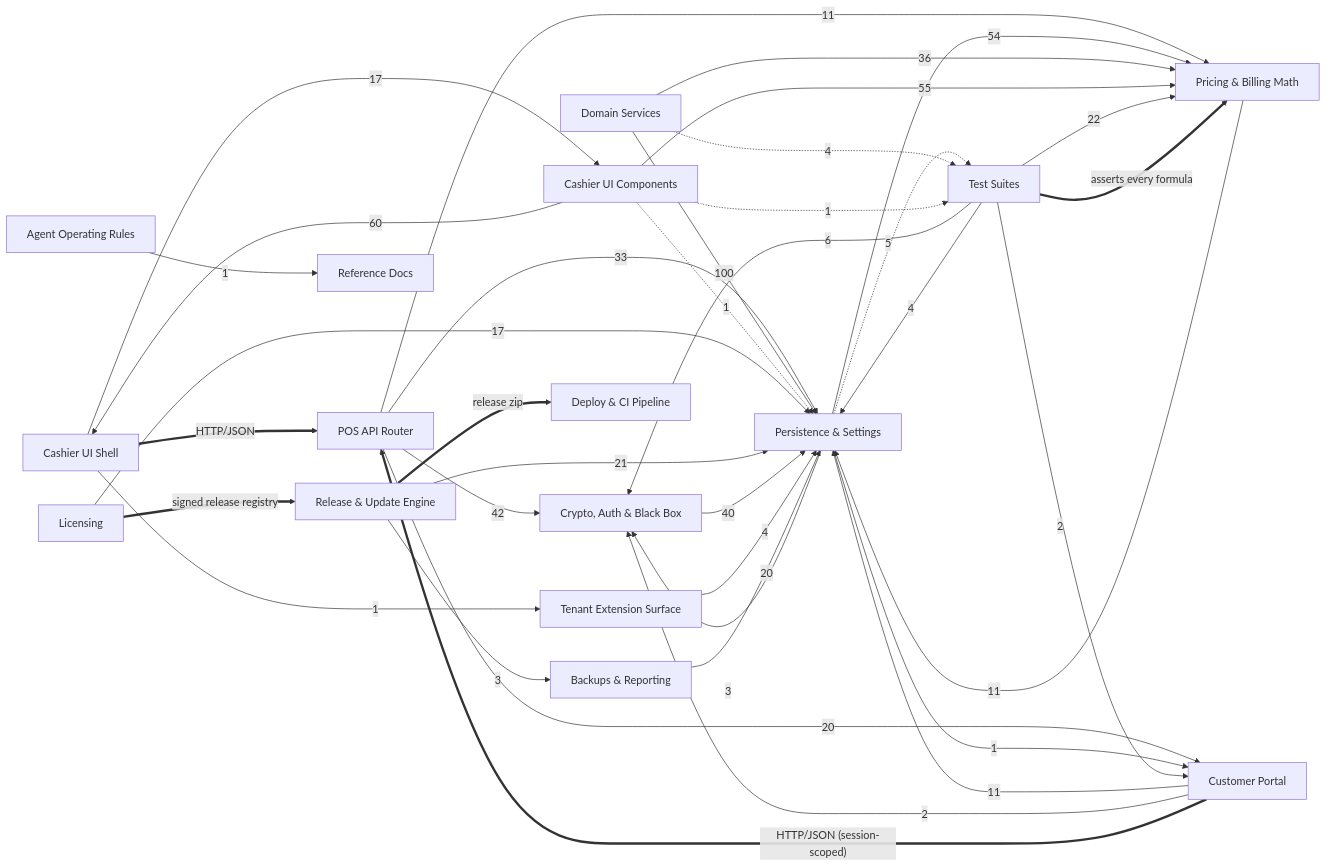
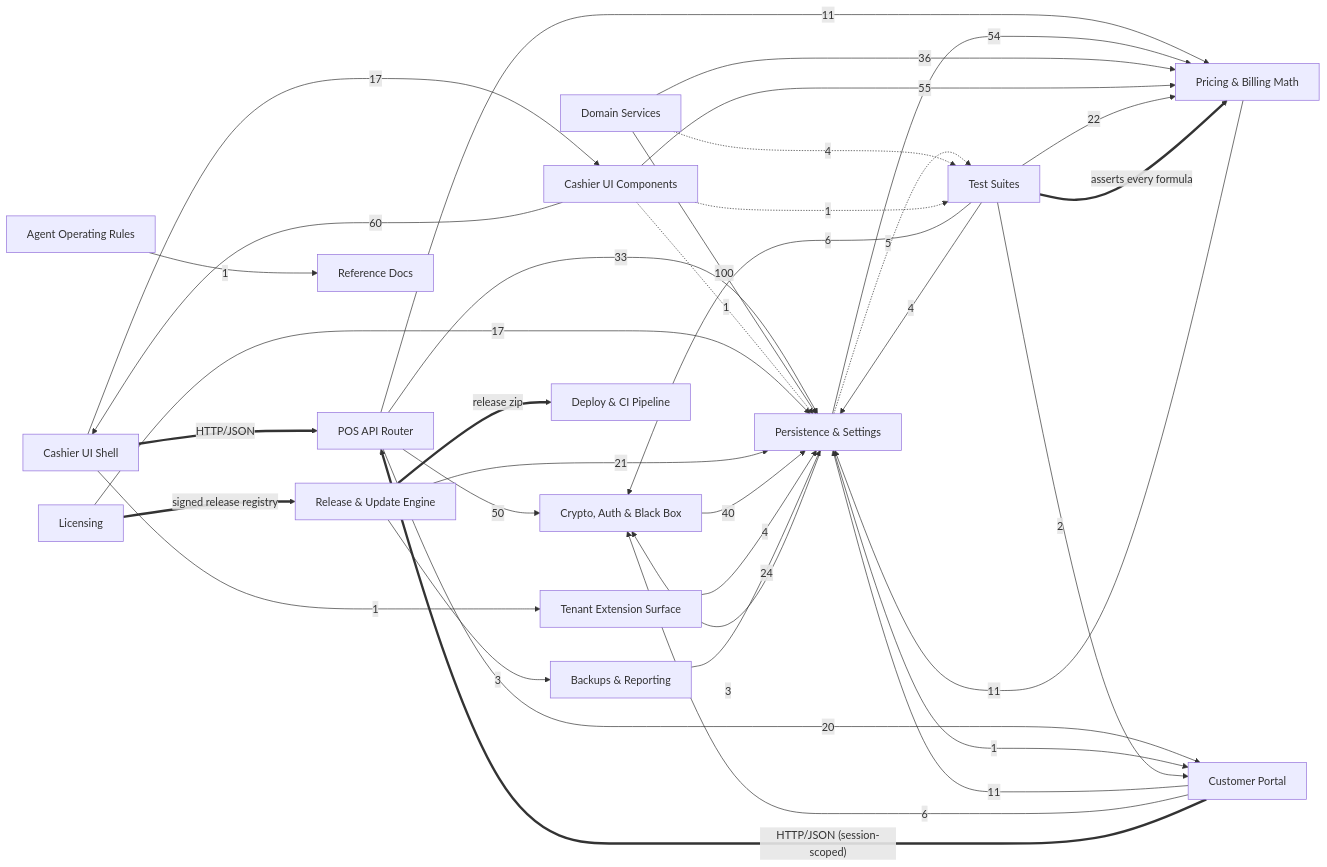
One commit to Vishalnayak226/gold_pos changed the second of 2 diagrams in docs/brain/BRAIN.md. Above: the diagram before and after it, drawn with Mermaid. The commit also changed other lines of this file and 18 other files, not shown here.

````diff
--- a/docs/brain/BRAIN.md
+++ b/docs/brain/BRAIN.md
@@ -94,55 +94,55 @@
 ```mermaid
 flowchart LR
   pos_api["POS API Router"]
   security["Crypto, Auth & Black Box"]
   persistence["Persistence & Settings"]
   customer_portal["Customer Portal"]
   pricing["Pricing & Billing Math"]
   tests["Test Suites"]
   domain_services["Domain Services"]
   pos_ui["Cashier UI Shell"]
   pos_components["Cashier UI Components"]
   extensions["Tenant Extension Surface"]
   licensing["Licensing"]
   updates["Release & Update Engine"]
   maintenance["Backups & Reporting"]
   agent_config["Agent Operating Rules"]
   reference["Reference Docs"]
   deploy["Deploy & CI Pipeline"]
-  pos_api -->|"42"| security
+  pos_api -->|"50"| security
   pos_api -->|"33"| persistence
   pos_api -->|"20"| customer_portal
   pos_api -->|"11"| pricing
   persistence -->|"54"| pricing
   persistence -.->|"5"| tests
   persistence -->|"3"| security
   persistence -->|"1"| customer_portal
   domain_services -->|"100"| persistence
   domain_services -->|"36"| pricing
   domain_services -.->|"4"| tests
   pricing -->|"11"| persistence
   pos_ui -->|"17"| pos_components
   pos_ui -->|"1"| extensions
   pos_components -->|"60"| pos_ui
   pos_components -->|"55"| pricing
   pos_components -.->|"1"| persistence
   pos_components -.->|"1"| tests
   customer_portal -->|"11"| persistence
-  customer_portal -->|"2"| security
+  customer_portal -->|"6"| security
   licensing -->|"17"| persistence
   updates -->|"21"| persistence
   updates -->|"3"| maintenance
   security -->|"40"| persistence
   extensions -->|"4"| persistence
-  maintenance -->|"20"| persistence
+  maintenance -->|"24"| persistence
   tests -->|"22"| pricing
   tests -->|"6"| security
   tests -->|"4"| persistence
   tests -->|"2"| customer_portal
   agent_config -->|"1"| reference
   pos_ui ==>|"HTTP/JSON"| pos_api
   customer_portal ==>|"HTTP/JSON (session-scoped)"| pos_api
   licensing ==>|"signed release registry"| updates
   updates ==>|"release zip"| deploy
   tests ==>|"asserts every formula"| pricing
 ```
````
